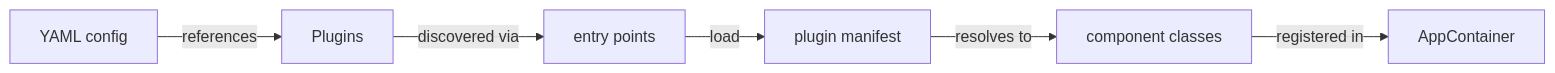
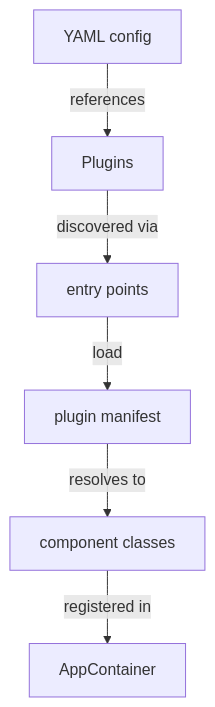
One commit to redsun-acquisition/redsun changed the diagram in docs/explanation/plugin-system.md. Above: the diagram before and after it, drawn with Mermaid. The commit also changed other lines of this file and 3 other files, not shown here.

````diff
--- a/docs/explanation/plugin-system.md
+++ b/docs/explanation/plugin-system.md
@@ -9,8 +9,8 @@
 ```mermaid
-graph LR
+graph TB
     Config[YAML config] -->|references| Plugins
     Plugins -->|discovered via| EntryPoints[entry points]
     EntryPoints -->|load| Manifest[plugin manifest]
     Manifest -->|resolves to| Classes[component classes]
     Classes -->|registered in| Container[AppContainer]
 ```
````
